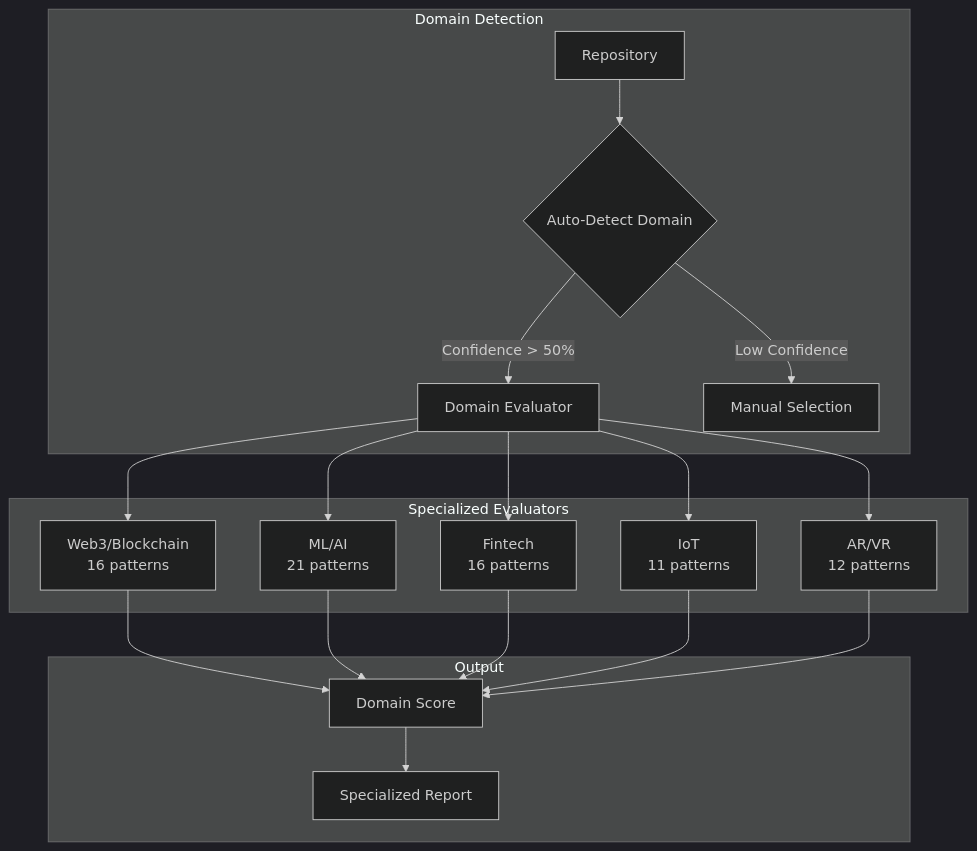
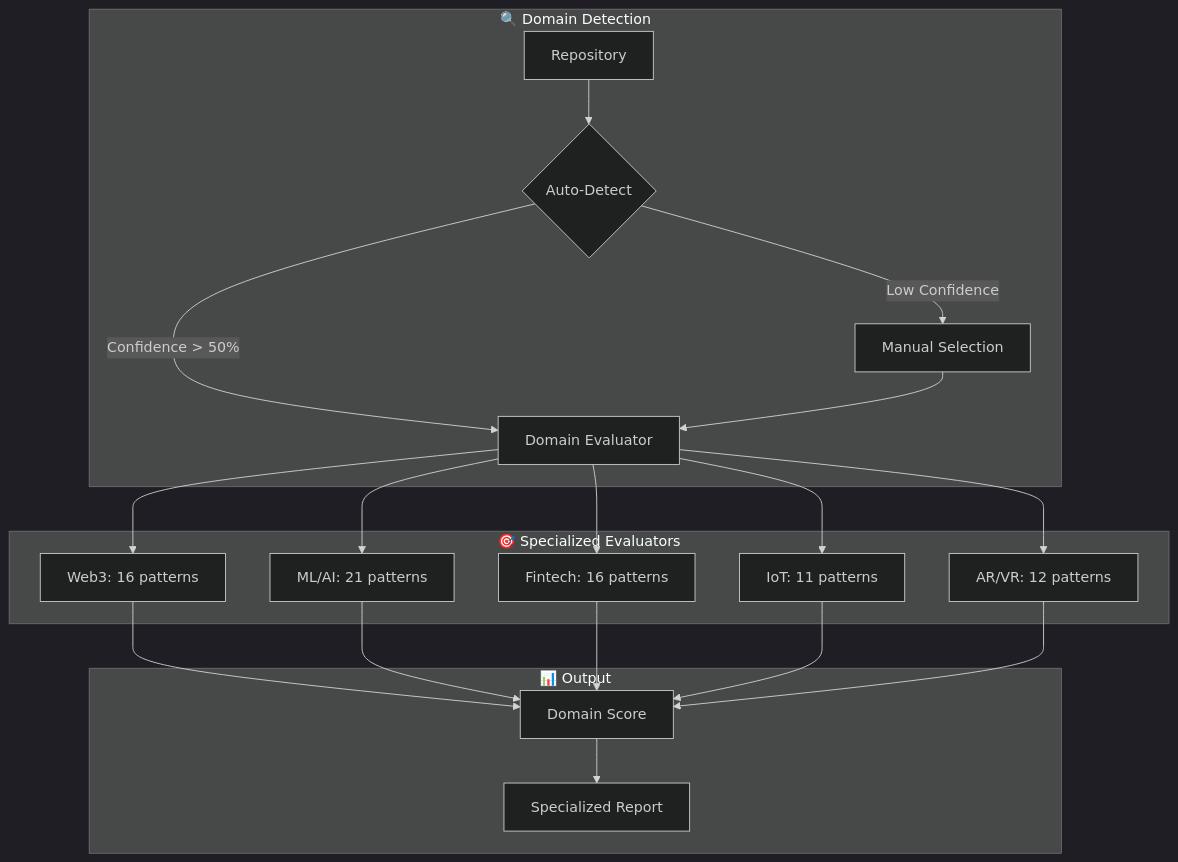
Before and after one commit to NischayJoshi/EvalX: diagram 17 of 18 in README.md, drawn with Mermaid (dark theme). The commit also changed other lines of this file, not shown here.

````diff
--- a/README.md
+++ b/README.md
@@ -768,21 +767,26 @@
 ```mermaid
-graph TB
-    subgraph "Domain Detection"
-        R[Repository] --> D{Auto-Detect Domain}
-        D -->|Confidence > 50%| E[Domain Evaluator]
-        D -->|Low Confidence| M[Manual Selection]
+flowchart TB
+    subgraph DETECT["🔍 Domain Detection"]
+        R["Repository"] --> D{"Auto-Detect"}
+        D -->|"Confidence > 50%"| E["Domain Evaluator"]
+        D -->|"Low Confidence"| M["Manual Selection"]
+        M --> E
     end
     
-    subgraph "Specialized Evaluators"
-        E --> W3[Web3/Blockchain<br/>16 patterns]
-        E --> ML[ML/AI<br/>21 patterns]
-        E --> FT[Fintech<br/>16 patterns]
-        E --> IOT[IoT<br/>11 patterns]
-        E --> AR[AR/VR<br/>12 patterns]
+    subgraph EVALUATORS["🎯 Specialized Evaluators"]
+        E --> W3["Web3: 16 patterns"]
+        E --> ML["ML/AI: 21 patterns"]
+        E --> FT["Fintech: 16 patterns"]
+        E --> IOT["IoT: 11 patterns"]
+        E --> AR["AR/VR: 12 patterns"]
     end
     
-    subgraph "Output"
-        W3 & ML & FT & IOT & AR --> SC[Domain Score]
-        SC --> RP[Specialized Report]
+    subgraph OUTPUT["📊 Output"]
+        W3 --> SC["Domain Score"]
+        ML --> SC
+        FT --> SC
+        IOT --> SC
+        AR --> SC
+        SC --> RP["Specialized Report"]
     end
 ```
````
